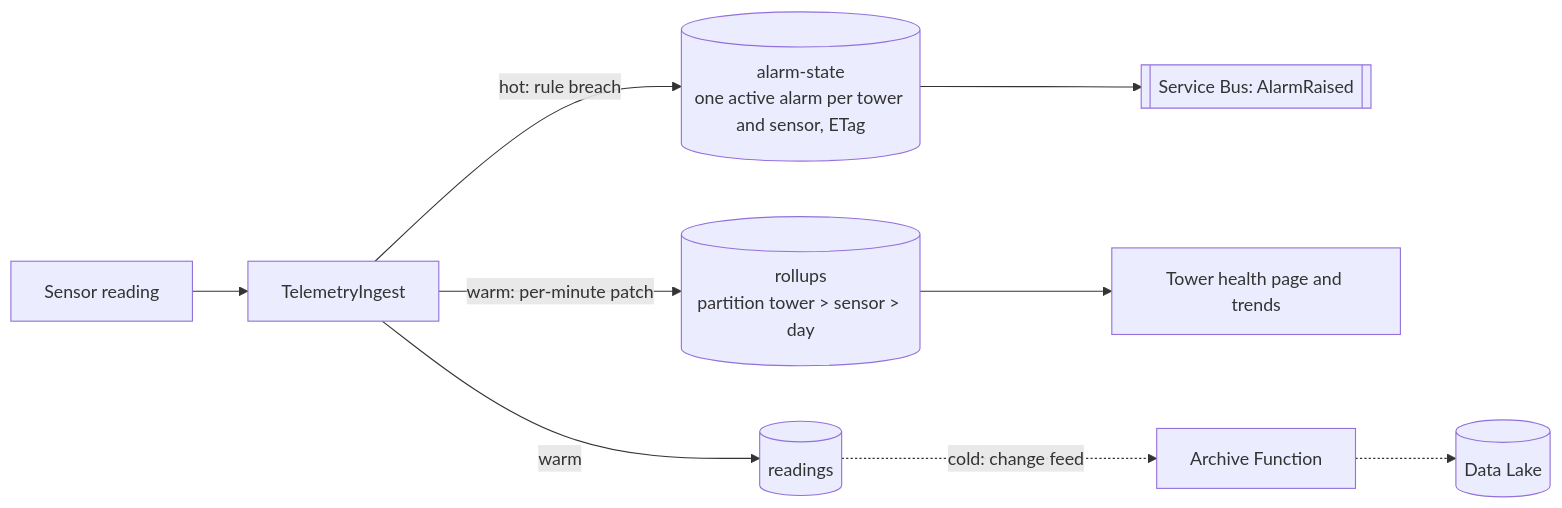
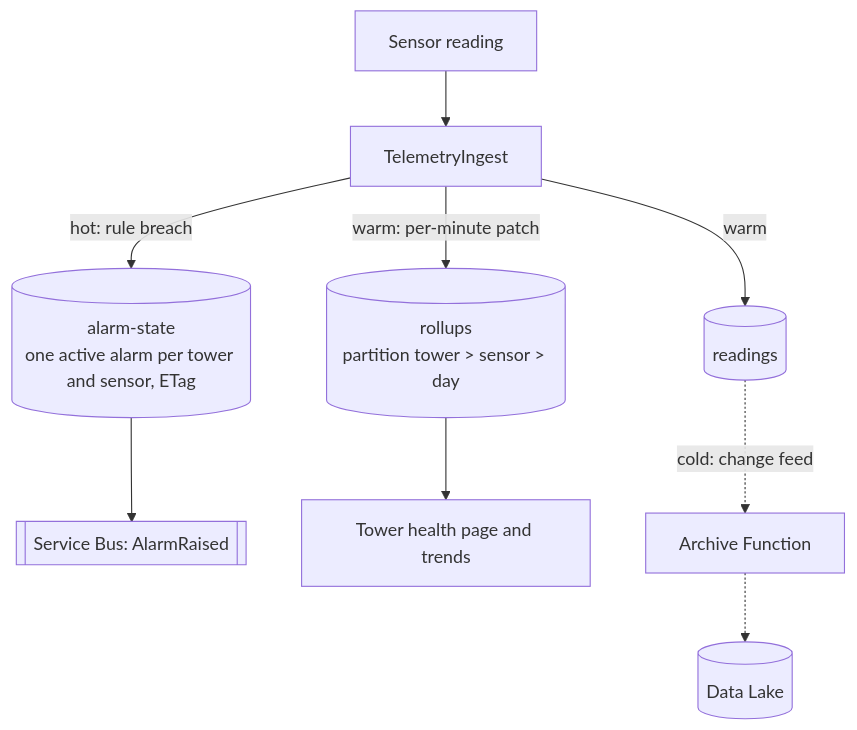
The fourth of 7 diagrams in README.md (prasanna-allu-dev/TowerCo_Mgmt), drawn with Mermaid before and after one commit. The commit also changed other lines of this file and 2 other files, not shown here.

````diff
--- a/README.md
+++ b/README.md
@@ -171,10 +196,10 @@
 ```mermaid
-flowchart LR
+flowchart TB
     R[Sensor reading] --> FN[TelemetryIngest]
     FN -->|hot: rule breach| AS[(alarm-state<br/>one active alarm per tower and sensor, ETag)]
     AS --> BUS[[Service Bus: AlarmRaised]]
     FN -->|warm| RAW[(readings)]
     FN -->|warm: per-minute patch| ROLL[(rollups<br/>partition tower > sensor > day)]
     ROLL --> HEALTH[Tower health page and trends]
     RAW -.cold: change feed.-> ARC[Archive Function] -.-> LAKE[(Data Lake)]
 ```
````
